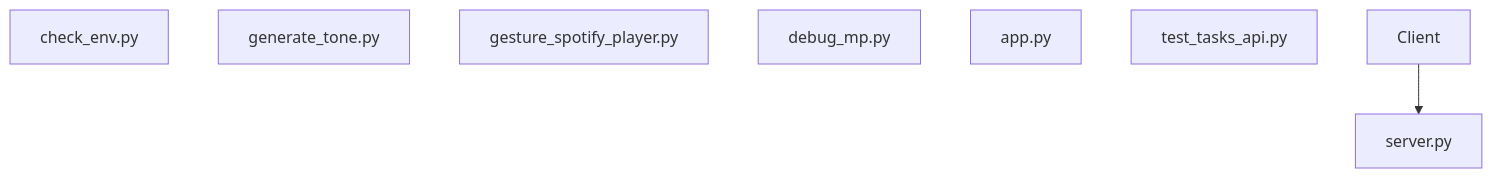
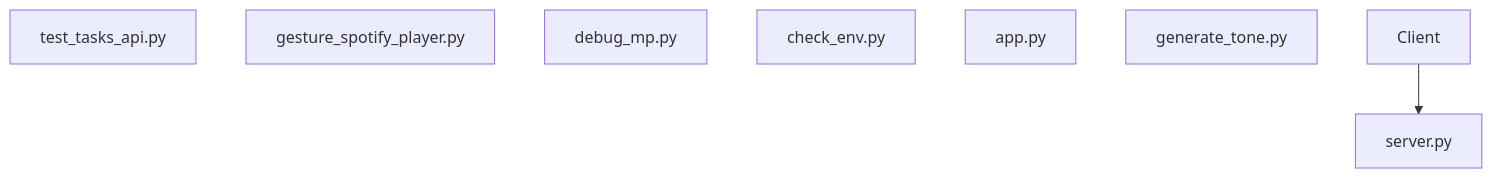
Before and after one commit to NITISH-R-G/PalmPlay: the diagram in diagrams/architecture.mermaid, drawn with Mermaid. The commit also changed other lines of this file and 3 other files, not shown here.

Commit message:
docs(auto): Update repository architecture and README [skip ci]

```diff
--- a/diagrams/architecture.mermaid
+++ b/diagrams/architecture.mermaid
@@ -1,9 +1,9 @@
 graph TD;
+    test_tasks_api["test_tasks_api.py"];
+    gesture_spotify_player["gesture_spotify_player.py"];
+    debug_mp["debug_mp.py"];
     check_env["check_env.py"];
+    server["server.py"];
+    app["app.py"];
     generate_tone["generate_tone.py"];
-    gesture_spotify_player["gesture_spotify_player.py"];
-    server["server.py"];
-    debug_mp["debug_mp.py"];
-    app["app.py"];
-    test_tasks_api["test_tasks_api.py"];
     Client --> server;
```
